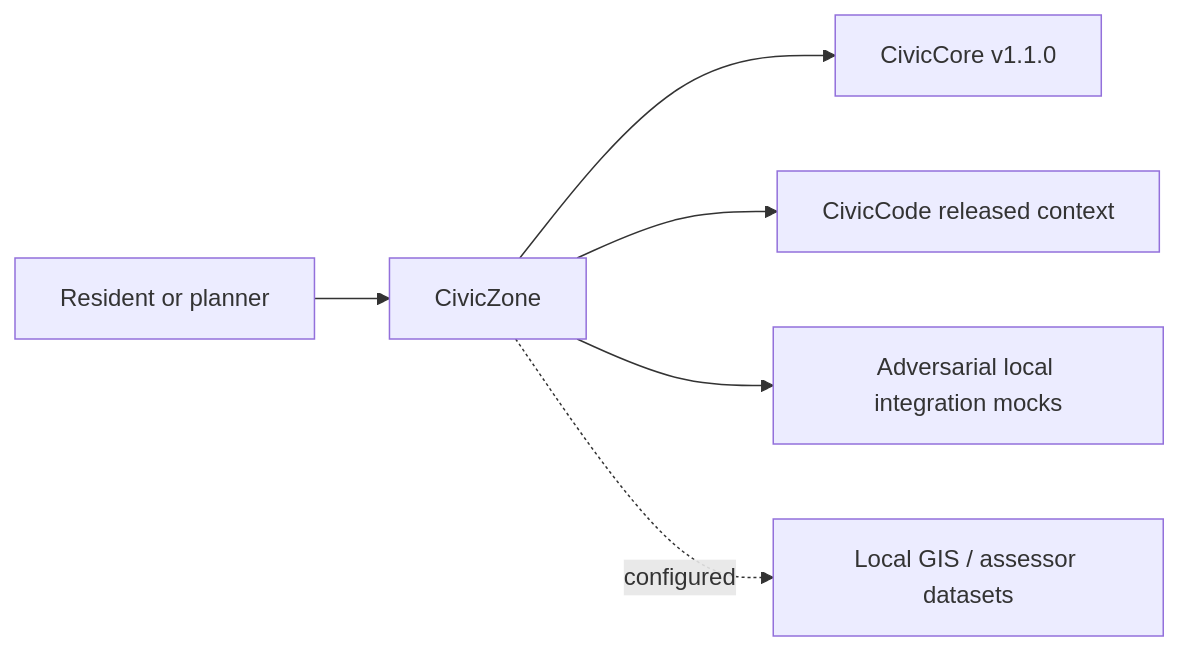
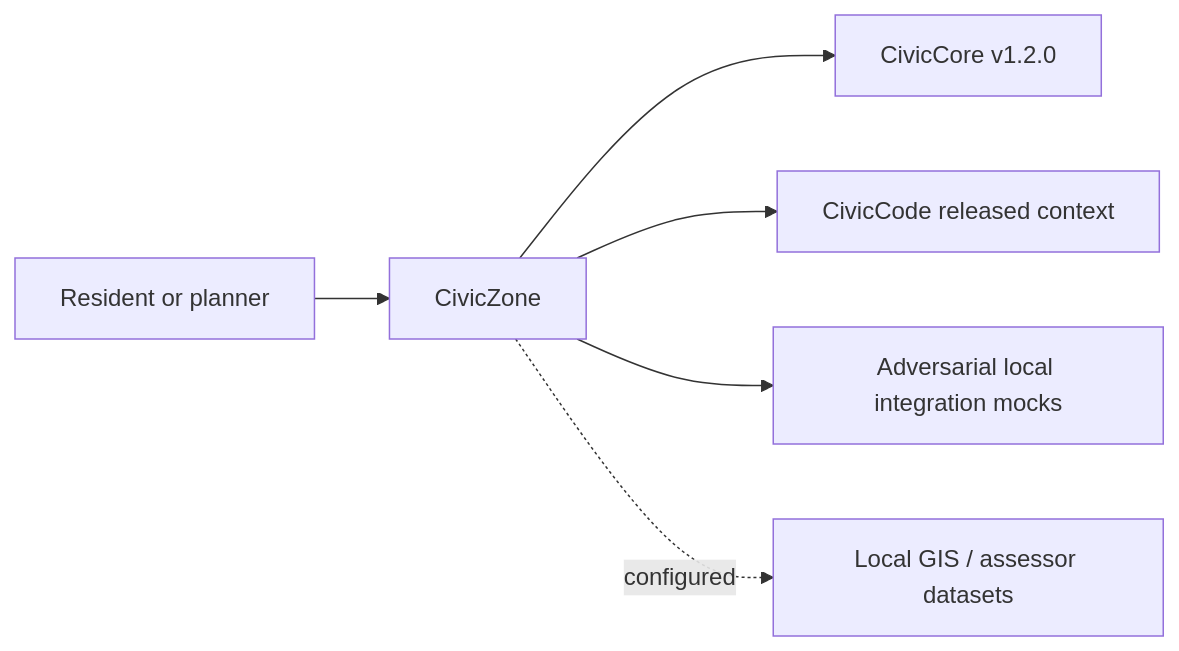
Before and after one commit to CivicSuite/civiczone: the diagram in USER-MANUAL.md, drawn with Mermaid. The commit also changed other lines of this file and 14 other files, not shown here.

````diff
--- a/USER-MANUAL.md
+++ b/USER-MANUAL.md
@@ -54,8 +54,8 @@
 ```mermaid
 flowchart LR
   Resident["Resident or planner"] --> CivicZone["CivicZone"]
-CivicZone --> CivicCore["CivicCore v1.1.0"]
+CivicZone --> CivicCore["CivicCore v1.2.0"]
 CivicZone --> CivicCode["CivicCode released context"]
 CivicZone --> LocalMocks["Adversarial local integration mocks"]
 CivicZone -. configured .-> GIS["Local GIS / assessor datasets"]
 ```
````
